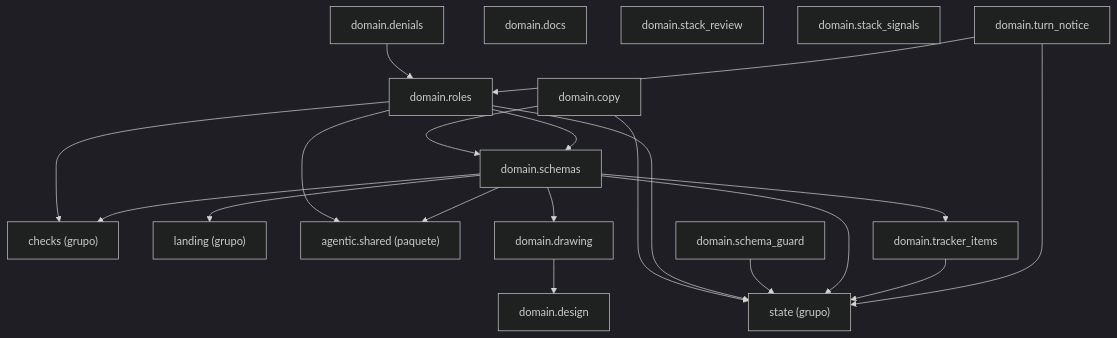
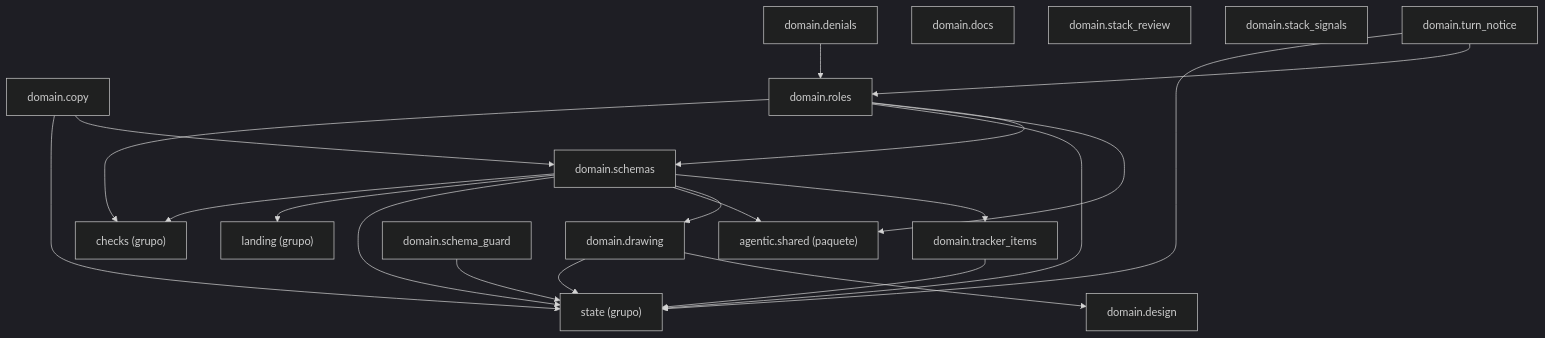
One commit to GonzaloZevallos/agentic-system changed the diagram in docs/architecture/generated/packages-process-domain-roles.md. Above: the diagram before and after it, drawn with Mermaid (dark theme). The commit also changed 11 other files, not shown here.

````diff
--- a/docs/architecture/generated/packages-process-domain-roles.md
+++ b/docs/architecture/generated/packages-process-domain-roles.md
@@ -12,37 +12,38 @@
 ```mermaid
 graph TD
     g_domain__checks["checks (grupo)"]
     g_domain__landing["landing (grupo)"]
     g_domain__state["state (grupo)"]
     g_pkg__agentic__shared["agentic.shared (paquete)"]
     m_domain__copy["domain.copy"]
     m_domain__denials["domain.denials"]
     m_domain__design["domain.design"]
     m_domain__docs["domain.docs"]
     m_domain__drawing["domain.drawing"]
     m_domain__roles["domain.roles"]
     m_domain__schema_guard["domain.schema_guard"]
     m_domain__schemas["domain.schemas"]
     m_domain__stack_review["domain.stack_review"]
     m_domain__stack_signals["domain.stack_signals"]
     m_domain__tracker_items["domain.tracker_items"]
     m_domain__turn_notice["domain.turn_notice"]
     m_domain__copy --> g_domain__state
     m_domain__copy --> m_domain__schemas
     m_domain__denials --> m_domain__roles
+    m_domain__drawing --> g_domain__state
     m_domain__drawing --> m_domain__design
     m_domain__roles --> g_domain__checks
     m_domain__roles --> g_domain__state
     m_domain__roles --> g_pkg__agentic__shared
     m_domain__roles --> m_domain__schemas
     m_domain__schema_guard --> g_domain__state
     m_domain__schemas --> g_domain__checks
     m_domain__schemas --> g_domain__landing
     m_domain__schemas --> g_domain__state
     m_domain__schemas --> g_pkg__agentic__shared
     m_domain__schemas --> m_domain__drawing
     m_domain__schemas --> m_domain__tracker_items
     m_domain__tracker_items --> g_domain__state
     m_domain__turn_notice --> g_domain__state
     m_domain__turn_notice --> m_domain__roles
 ```
````
